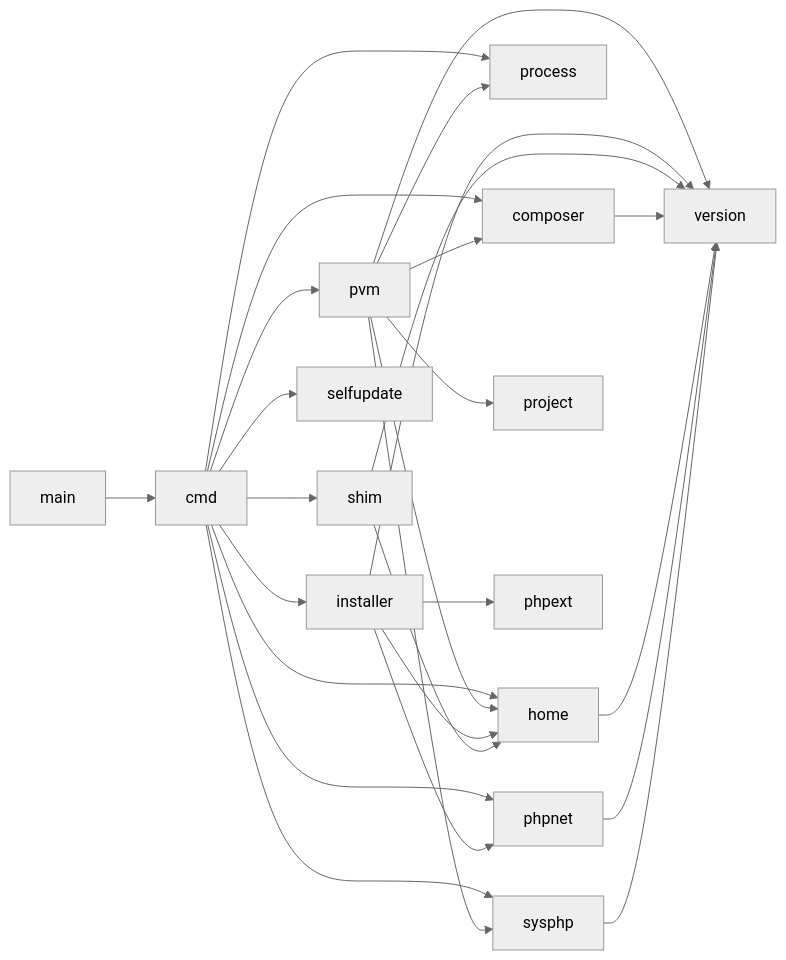
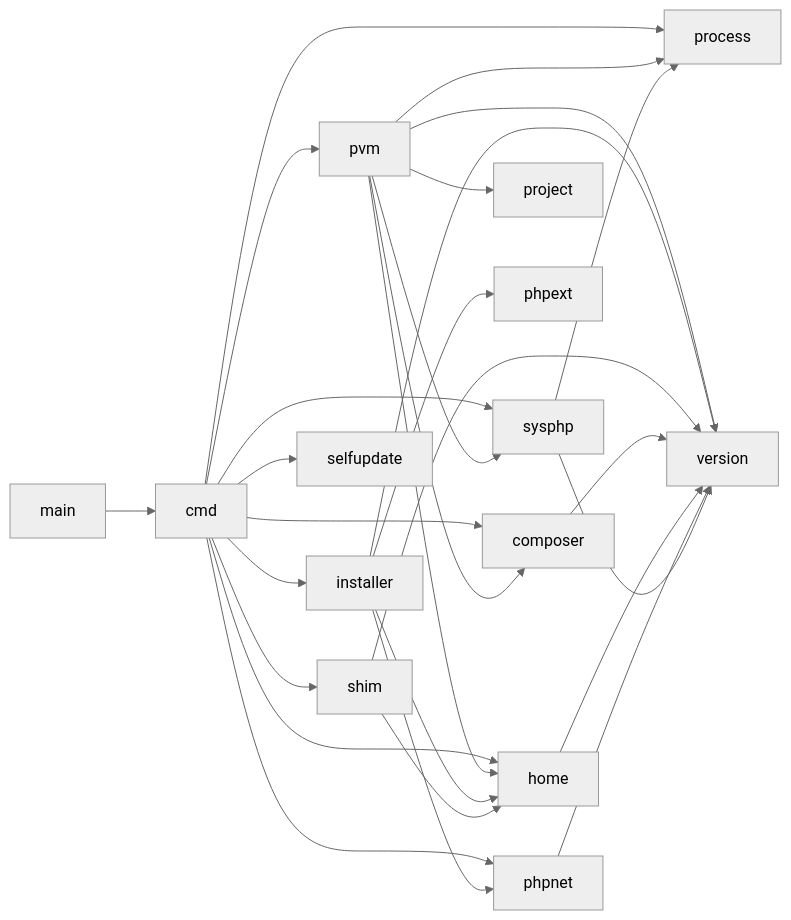
One commit to rejmann/pvm changed the diagram in docs/architecture.md. Above: the diagram before and after it, drawn with Mermaid (neutral theme). The commit also changed other lines of this file and 21 other files, not shown here.

````diff
--- a/docs/architecture.md
+++ b/docs/architecture.md
@@ -63,10 +64,11 @@
 ```mermaid
 flowchart LR
     main --> cmd
     cmd --> pvm
     cmd --> installer & shim & composer & process & sysphp & phpnet & selfupdate & home
     pvm --> home & composer & process & project & sysphp & version
     installer --> home & phpext & phpnet & version
     shim --> home & version
     composer & home & phpnet & sysphp --> version
+    sysphp --> process
 ```
````
